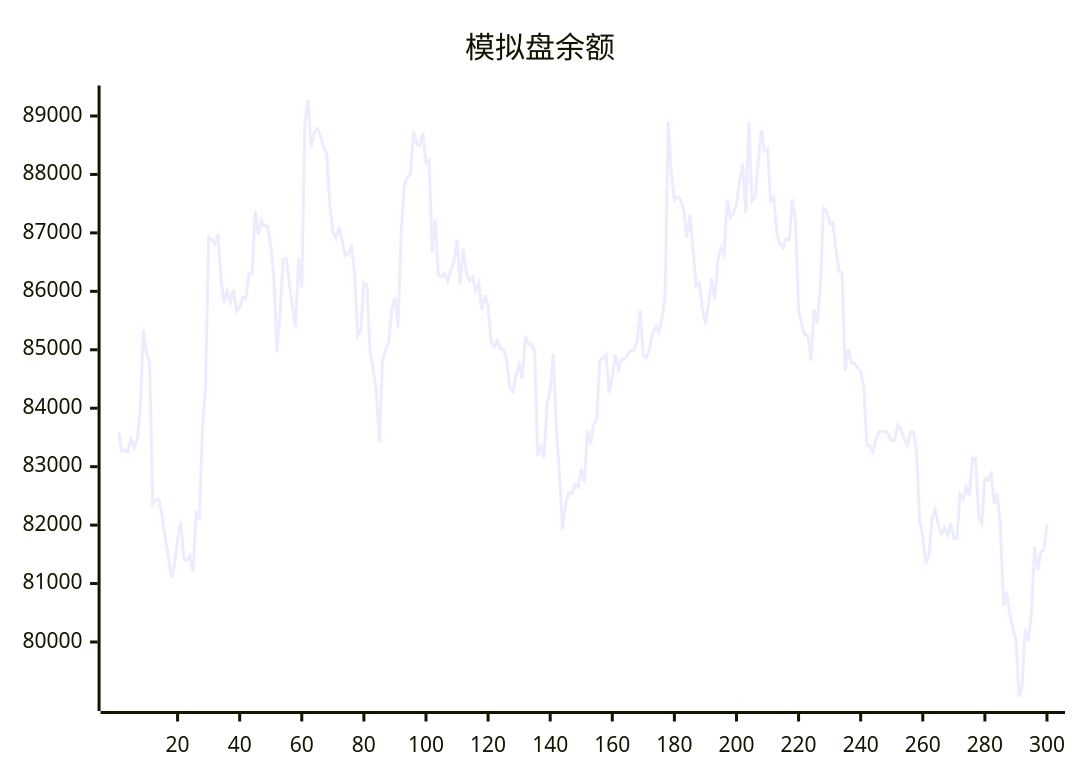
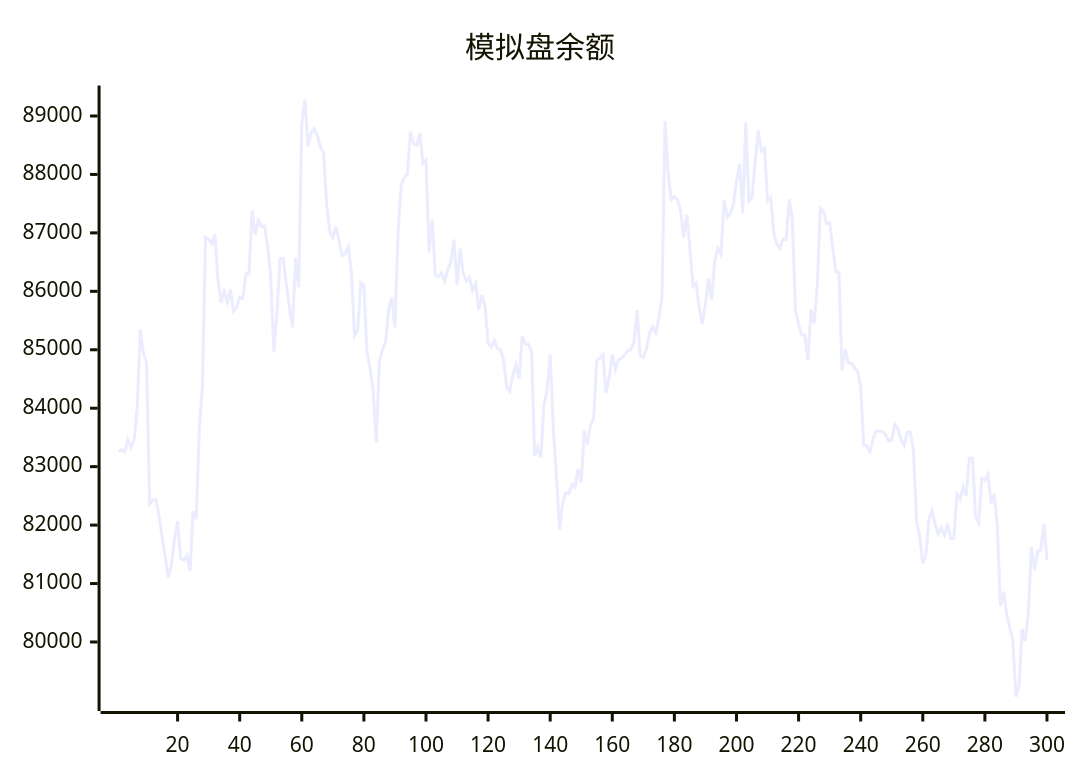
The diagram in README.md (aahl/ai-trading), drawn with Mermaid before and after one commit. The commit also changed other lines of this file and 1 other file, not shown here.

````diff
--- a/README.md
+++ b/README.md
@@ -5,5 +5,5 @@
 ```mermaid
 xychart
     title "模拟盘余额"
-    line [83594,83261,83287,83253,83470,83327,83465,83987,85348,84930,84786,82355,82433,82438,82167,81795,81466,81105,81315,81756,82064,81426,81398,81481,81210,82242,82099,83658,84359,86925,86892,86814,86980,86203,85802,86003,85811,86028,85657,85721,85896,85880,86300,86299,87378,86965,87214,87115,87118,86780,86238,84966,85623,86555,86562,86129,85722,85387,86569,86070,88870,89278,88477,88720,88781,88668,88467,88372,87493,87018,86917,87102,86870,86613,86644,86758,86317,85242,85334,86149,86106,84968,84671,84302,83410,84816,85001,85127,85693,85891,85384,87001,87811,87945,88007,88734,88528,88495,88705,88189,88248,86662,87234,86279,86251,86314,86177,86364,86503,86886,86114,86731,86310,86176,86240,86017,86136,85685,85938,85749,85111,85044,85164,85016,85008,84824,84354,84287,84572,84745,84500,85234,85096,85095,84970,83180,83338,83157,84070,84309,84922,83667,82850,81924,82369,82552,82539,82695,82648,82962,82728,83619,83378,83710,83825,84819,84854,84917,84265,84527,84919,84668,84834,84850,84916,84981,85004,85131,85674,84891,84864,85019,85284,85393,85294,85538,85894,88904,88012,87567,87625,87568,87386,86920,87313,86737,86094,86143,85725,85437,85787,86219,85859,86526,86740,86630,87563,87264,87335,87483,87886,88180,87335,88894,87544,87608,88207,88755,88401,88444,87543,87608,87000,86810,86740,86894,86884,87576,87209,85686,85435,85251,85255,84820,85689,85453,86066,87420,87373,87161,87178,86740,86341,86315,84643,85012,84772,84768,84690,84635,84376,83360,83357,83259,83474,83608,83606,83602,83548,83440,83454,83724,83644,83464,83365,83590,83592,83275,82072,81806,81344,81492,82109,82254,82006,81848,81955,81829,82022,81769,81776,82522,82441,82656,82498,83144,83144,82150,82038,82797,82763,82872,82367,82536,81981,80612,80862,80484,80242,80034,79063,79245,80226,80016,80507,81625,81233,81544,81578,82016]
+    line [83261,83287,83253,83470,83327,83465,83987,85348,84930,84786,82355,82433,82438,82167,81795,81466,81105,81315,81756,82064,81426,81398,81481,81210,82242,82099,83658,84359,86925,86892,86814,86980,86203,85802,86003,85811,86028,85657,85721,85896,85880,86300,86299,87378,86965,87214,87115,87118,86780,86238,84966,85623,86555,86562,86129,85722,85387,86569,86070,88870,89278,88477,88720,88781,88668,88467,88372,87493,87018,86917,87102,86870,86613,86644,86758,86317,85242,85334,86149,86106,84968,84671,84302,83410,84816,85001,85127,85693,85891,85384,87001,87811,87945,88007,88734,88528,88495,88705,88189,88248,86662,87234,86279,86251,86314,86177,86364,86503,86886,86114,86731,86310,86176,86240,86017,86136,85685,85938,85749,85111,85044,85164,85016,85008,84824,84354,84287,84572,84745,84500,85234,85096,85095,84970,83180,83338,83157,84070,84309,84922,83667,82850,81924,82369,82552,82539,82695,82648,82962,82728,83619,83378,83710,83825,84819,84854,84917,84265,84527,84919,84668,84834,84850,84916,84981,85004,85131,85674,84891,84864,85019,85284,85393,85294,85538,85894,88904,88012,87567,87625,87568,87386,86920,87313,86737,86094,86143,85725,85437,85787,86219,85859,86526,86740,86630,87563,87264,87335,87483,87886,88180,87335,88894,87544,87608,88207,88755,88401,88444,87543,87608,87000,86810,86740,86894,86884,87576,87209,85686,85435,85251,85255,84820,85689,85453,86066,87420,87373,87161,87178,86740,86341,86315,84643,85012,84772,84768,84690,84635,84376,83360,83357,83259,83474,83608,83606,83602,83548,83440,83454,83724,83644,83464,83365,83590,83592,83275,82072,81806,81344,81492,82109,82254,82006,81848,81955,81829,82022,81769,81776,82522,82441,82656,82498,83144,83144,82150,82038,82797,82763,82872,82367,82536,81981,80612,80862,80484,80242,80034,79063,79245,80226,80016,80507,81625,81233,81544,81578,82016,81401]
 ```
````
